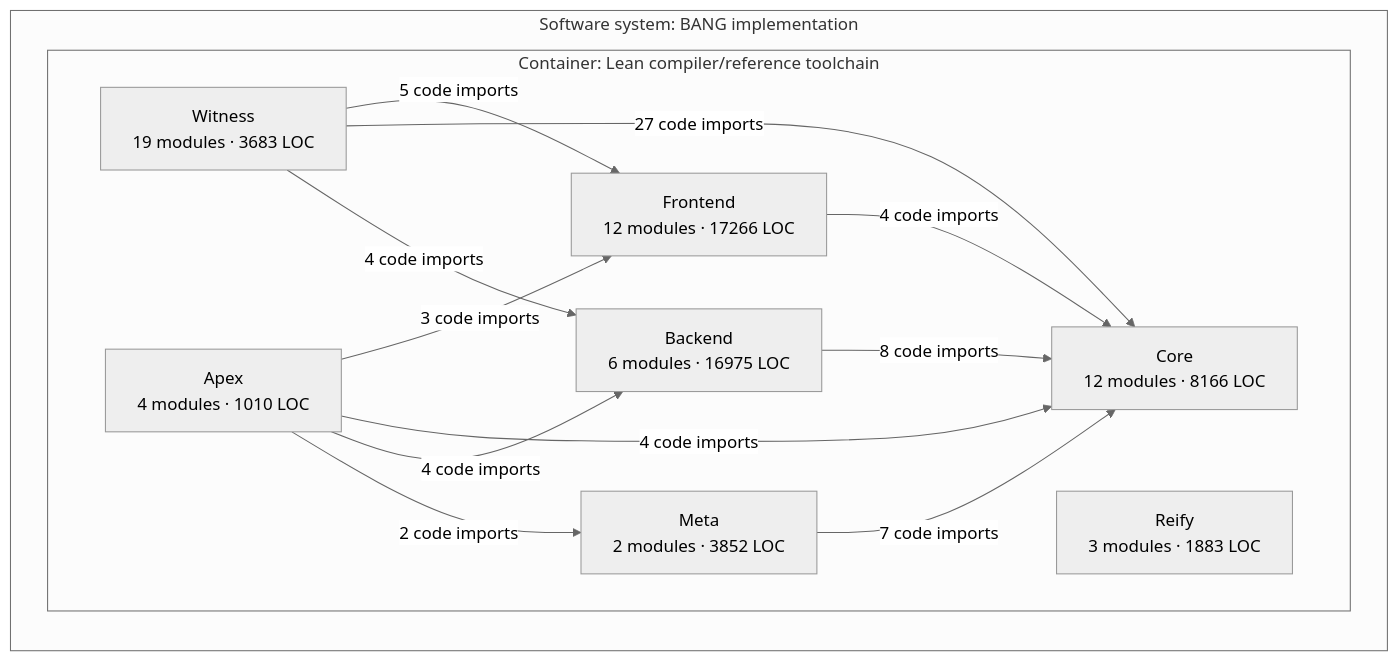
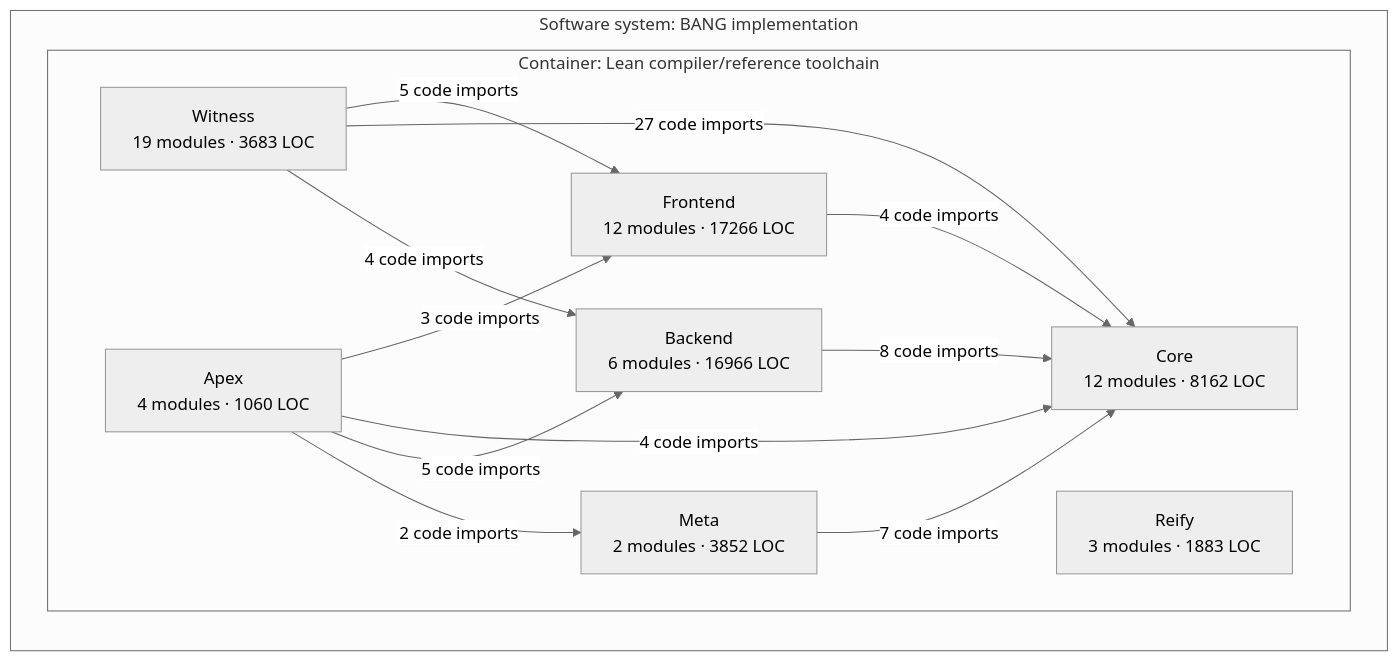
One commit to phibkro/bang changed the third of 3 diagrams in docs/architecture/core-overview.md. Above: the diagram before and after it, drawn with Mermaid (neutral theme). The commit also changed other lines of this file and 21 other files, not shown here.

````diff
--- a/docs/architecture/core-overview.md
+++ b/docs/architecture/core-overview.md
@@ -148,24 +160,24 @@
 ```mermaid
 flowchart LR
   subgraph system_BANG["Software system: BANG implementation"]
     subgraph container_Lean_toolchain["Container: Lean compiler/reference toolchain"]
       component_Frontend["Frontend<br/>12 modules · 17266 LOC"]
-      component_Core["Core<br/>12 modules · 8166 LOC"]
-      component_Backend["Backend<br/>6 modules · 16975 LOC"]
+      component_Core["Core<br/>12 modules · 8162 LOC"]
+      component_Backend["Backend<br/>6 modules · 16966 LOC"]
       component_Meta["Meta<br/>2 modules · 3852 LOC"]
       component_Witness["Witness<br/>19 modules · 3683 LOC"]
       component_Reify["Reify<br/>3 modules · 1883 LOC"]
-      component_Apex["Apex<br/>4 modules · 1010 LOC"]
+      component_Apex["Apex<br/>4 modules · 1060 LOC"]
     end
   end
   component_Frontend -->|4 code imports| component_Core
   component_Backend -->|8 code imports| component_Core
   component_Meta -->|7 code imports| component_Core
   component_Witness -->|5 code imports| component_Frontend
   component_Witness -->|27 code imports| component_Core
   component_Witness -->|4 code imports| component_Backend
   component_Apex -->|3 code imports| component_Frontend
   component_Apex -->|4 code imports| component_Core
-  component_Apex -->|4 code imports| component_Backend
+  component_Apex -->|5 code imports| component_Backend
   component_Apex -->|2 code imports| component_Meta
 ```
````
